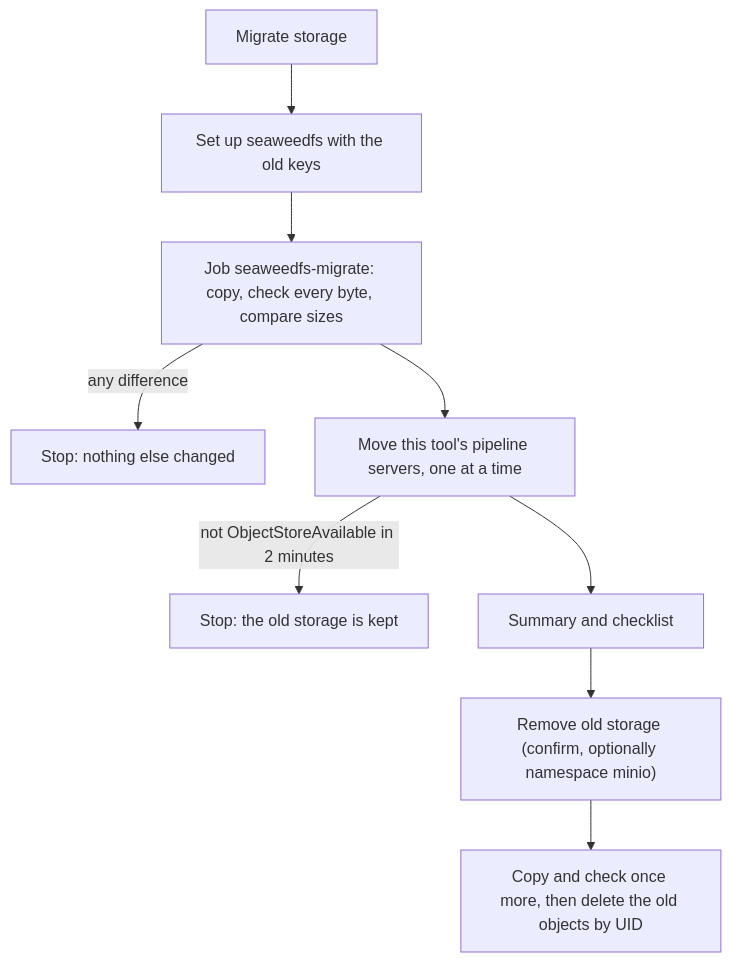
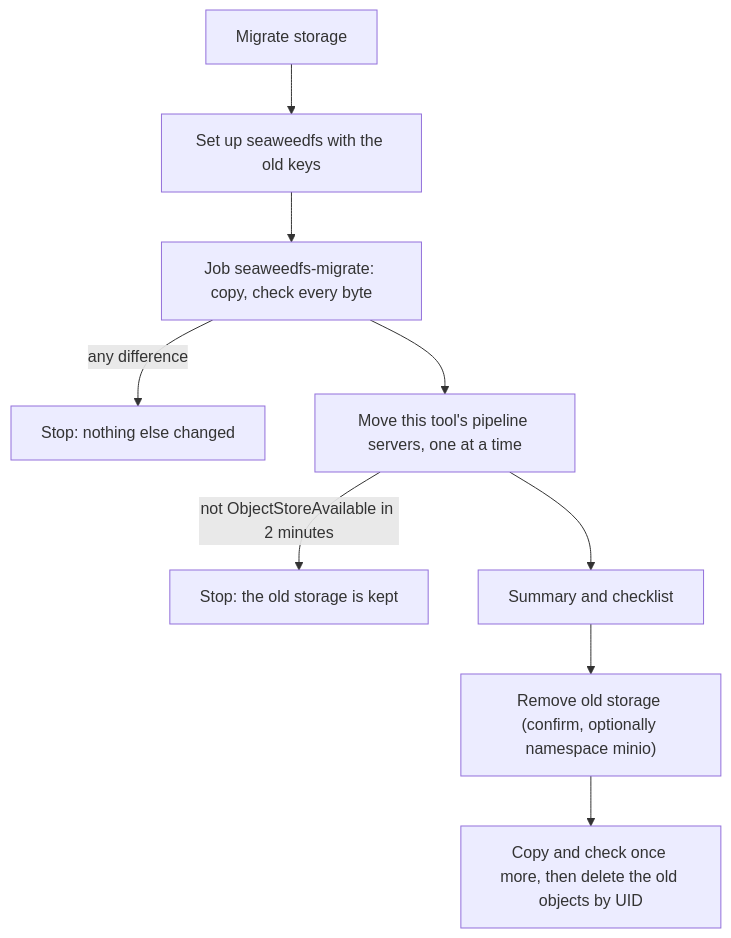
The third of 3 diagrams in RUNBOOK.md (DaoDaoNoCode/rhoai-nightly-updater), drawn with Mermaid before and after one commit. The commit also changed 2 other files, not shown here.

Commit message:
Migrate storage: the check alone verifies the copy
The result failed when the check's identical count differed from
`rclone size old:`, which lists the old storage again after the check.
While pipeline servers still write to the old storage, an object added
between the two listings failed the run spuriously.

`check --one-way` exiting 0 with no +, * or ! line already proves every
object it listed is in the new storage, byte for byte (--one-way reports
nothing for objects only in the destination: fs/operations/check.go
DstOnly at rclone v1.76.0). The size rule is gone, and a missing size no
longer fails the run either. The step reports the checked count (all
lines of the --combined report); the size is used only for the summary
("Migrated N objects (B bytes)"), falling back to the checked count when
it could not be read.

Tests: TestCopyResultProblem (source grew after the check, no sizes) and
TestMigrate_SourceWrittenBetweenCheckAndSizeIsNotAMismatch.

````diff
--- a/RUNBOOK.md
+++ b/RUNBOOK.md
@@ -337,11 +337,11 @@
 ```mermaid
 flowchart TD
   A["Migrate storage"] --> B["Set up seaweedfs with the old keys"]
-  B --> C["Job seaweedfs-migrate: copy, check every byte, compare sizes"]
+  B --> C["Job seaweedfs-migrate: copy, check every byte"]
   C -->|"any difference"| X["Stop: nothing else changed"]
   C --> D["Move this tool's pipeline servers, one at a time"]
   D -->|"not ObjectStoreAvailable in 2 minutes"| Y["Stop: the old storage is kept"]
   D --> E["Summary and checklist"]
   E --> F["Remove old storage (confirm, optionally namespace minio)"]
   F --> G["Copy and check once more, then delete the old objects by UID"]
 ```
````
